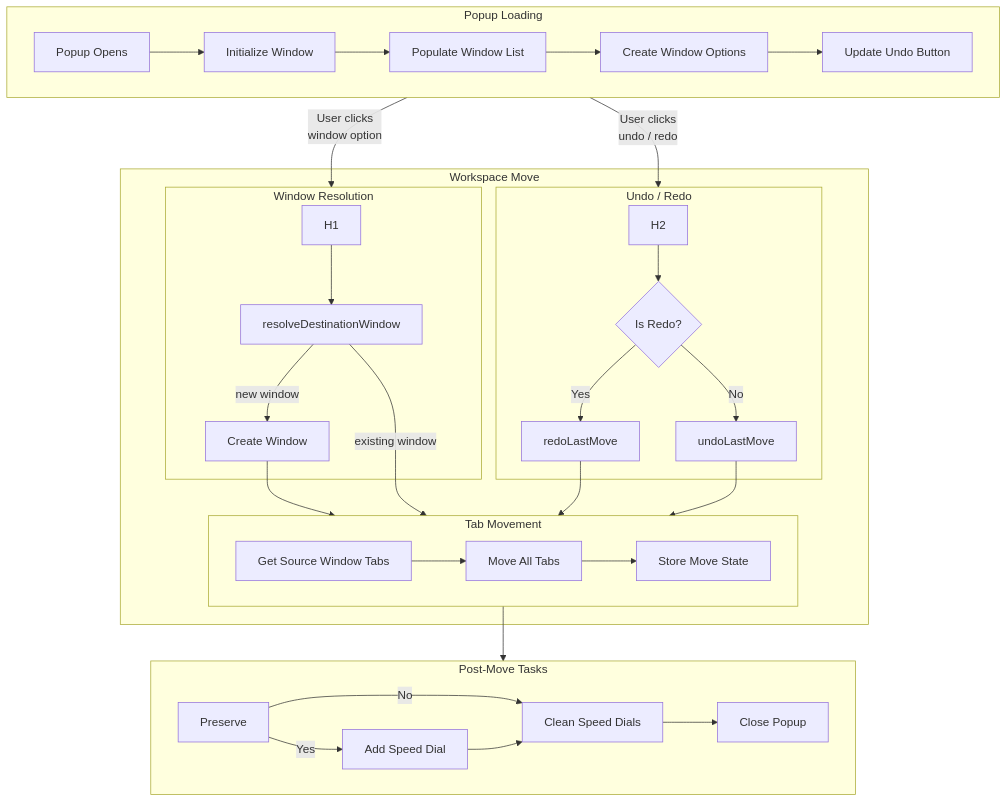
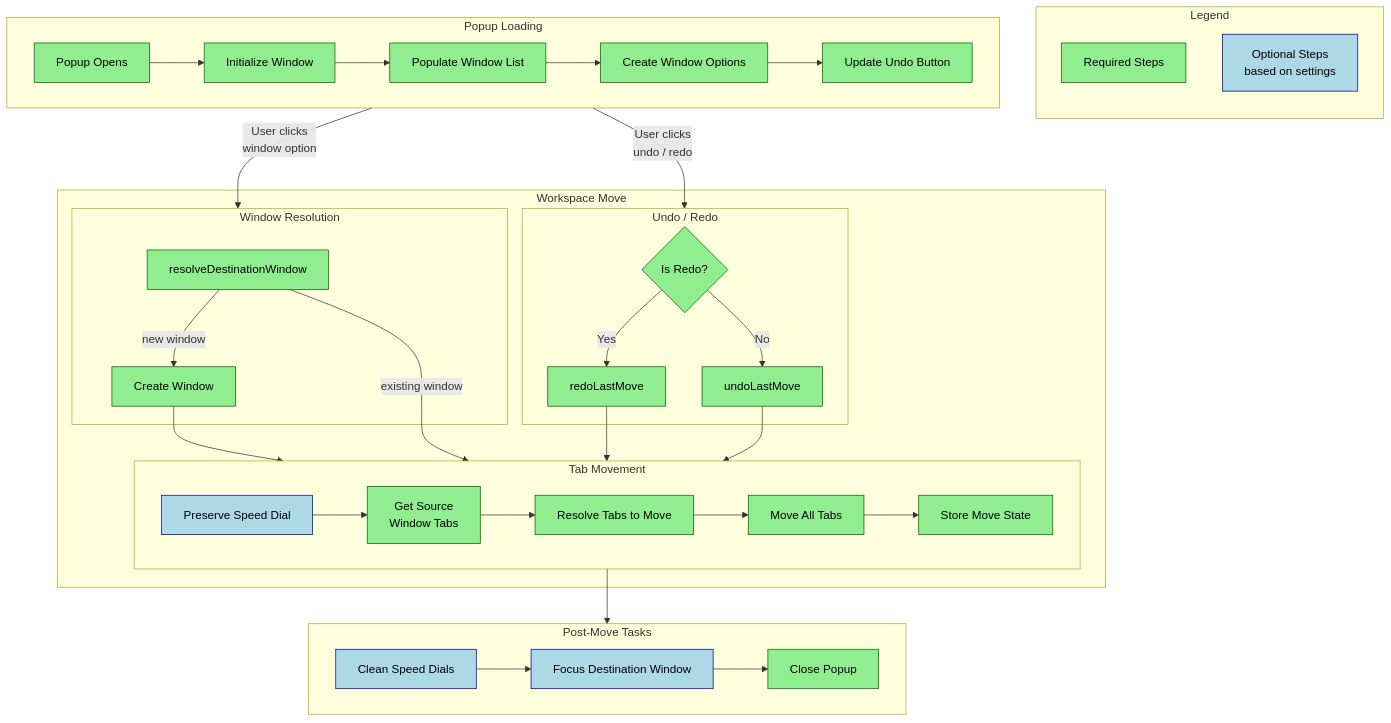
Before and after one commit to torynet/opera-workspace-tab-manager: the diagram in ARCHITECTURE.md, drawn with Mermaid.

Commit message:
Fixed up diagram.

````diff
--- a/ARCHITECTURE.md
+++ b/ARCHITECTURE.md
@@ -5,48 +5,56 @@
 ```mermaid
 flowchart TD
+    classDef required fill:#90EE90,stroke:#006400,color:#000
+    classDef optional fill:#ADD8E6,stroke:#000080,color:#000
 
-  subgraph PL[Popup Loading]
-    Start[Popup Opens] --> Init[Initialize Window]
-    Init --> Pop[Populate Window List]
-    Pop --> CreateOpt[Create Window Options]
-    CreateOpt --> UpdateBtn[Update Undo Button]
-  end
-
-  PL --> |"User clicks
-          window option"| WR
-  PL --> |"User clicks
-          undo / redo"| UR
-
-  subgraph Workspace Move
-    subgraph WR[Window Resolution]
-      H1 --> Resolve[resolveDestinationWindow]
-      Resolve --> |"new window"| Create[Create Window]
+    subgraph Legend[Legend]
+        direction TB
+        Required[Required Steps]:::required
+        Optional[Optional Steps<br>based on settings]:::optional
     end
 
-    subgraph TM[Tab Movement]
-      GetTabs[Get Source Window Tabs]
-      GetTabs --> MoveTabs[Move All Tabs]
-      MoveTabs --> Store[Store Move State]
+    subgraph PL[Popup Loading]
+        Start[Popup Opens]:::required --> Init[Initialize Window]:::required
+        Init --> Pop[Populate Window List]:::required
+        Pop --> CreateOpt[Create Window Options]:::required
+        CreateOpt --> UpdateBtn[Update Undo Button]:::required
     end
 
-    subgraph UR[Undo / Redo]
-      H2 --> Check{Is Redo?}
-      Check -->|Yes| Redo[redoLastMove]
-      Check -->|No| Undo[undoLastMove]
+    PL --> |"User clicks
+            window option"| WR
+    PL --> |"User clicks
+            undo / redo"| UR
+
+    subgraph Workspace Move
+        subgraph WR[Window Resolution]
+            Resolve[resolveDestinationWindow]:::required
+            Resolve --> |"new window"| Create[Create Window]:::required
+        end
+
+        subgraph TM[Tab Movement]
+            Preserve[Preserve Speed Dial]:::optional --> GetTabs[Get Source<br>Window Tabs]:::required
+            GetTabs --> ResTabs[Resolve Tabs to Move]:::required
+            ResTabs --> MoveTabs[Move All Tabs]:::required
+            MoveTabs --> Store[Store Move State]:::required
+        end
+
+        subgraph UR[Undo / Redo]
+            Check{Is Redo?}:::required
+            Check -->|Yes| Redo[redoLastMove]:::required
+            Check -->|No| Undo[undoLastMove]:::required
+        end
+
+        Create --> TM
+        Resolve --> |"existing window"| TM
+        Redo --> TM
+        Undo --> TM
     end
 
-    Create --> TM
-    Resolve --> |"existing window"| TM
-    Redo --> TM
-    Undo --> TM
-  end
+    TM --> PMT
 
-  subgraph PMT[Post-Move Tasks]
-    Preserve -->|Yes| AddDial[Add Speed Dial]
-    Preserve -->|No| Clean[Clean Speed Dials]
-    AddDial --> Clean
-    Clean --> Close[Close Popup]
-  end
-
-    TM --> PMT
+    subgraph PMT[Post-Move Tasks]
+        Clean[Clean Speed Dials]:::optional
+        Clean --> Focus[Focus Destination Window]:::optional
+        Focus --> Close[Close Popup]:::required
+    end
 ```
````
